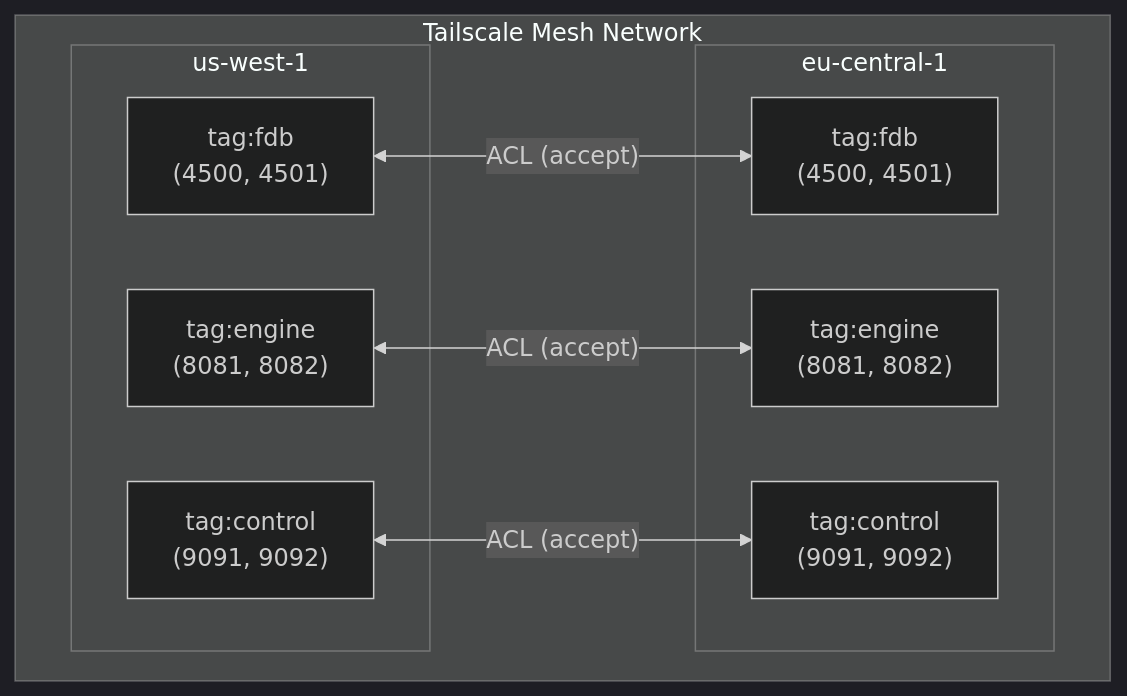
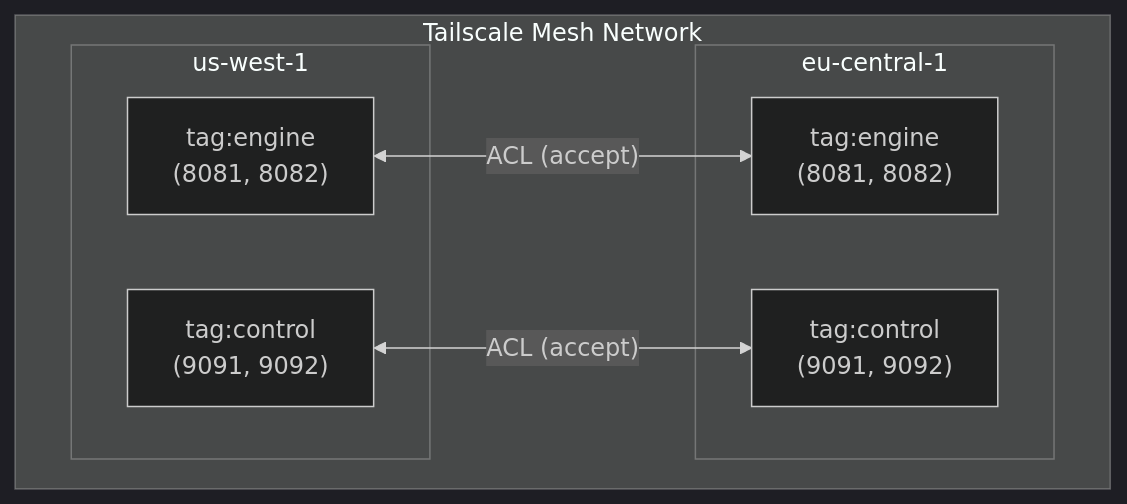
Before and after one commit to inferadb/terraform: the diagram in modules/tailscale-acls/README.md, drawn with Mermaid (dark theme). The commit also changed other lines of this file and 31 other files, not shown here.

````diff
--- a/modules/tailscale-acls/README.md
+++ b/modules/tailscale-acls/README.md
@@ -15,20 +14,17 @@
 ```mermaid
 flowchart TB
     subgraph mesh["Tailscale Mesh Network"]
         subgraph west["us-west-1"]
-            fdb_west["tag:fdb<br/>(4500, 4501)"]
             engine_west["tag:engine<br/>(8081, 8082)"]
             control_west["tag:control<br/>(9091, 9092)"]
         end
 
         subgraph east["eu-central-1"]
-            fdb_east["tag:fdb<br/>(4500, 4501)"]
             engine_east["tag:engine<br/>(8081, 8082)"]
             control_east["tag:control<br/>(9091, 9092)"]
         end
 
-        fdb_west <-->|"ACL (accept)"| fdb_east
         engine_west <-->|"ACL (accept)"| engine_east
         control_west <-->|"ACL (accept)"| control_east
     end
 ```
````
